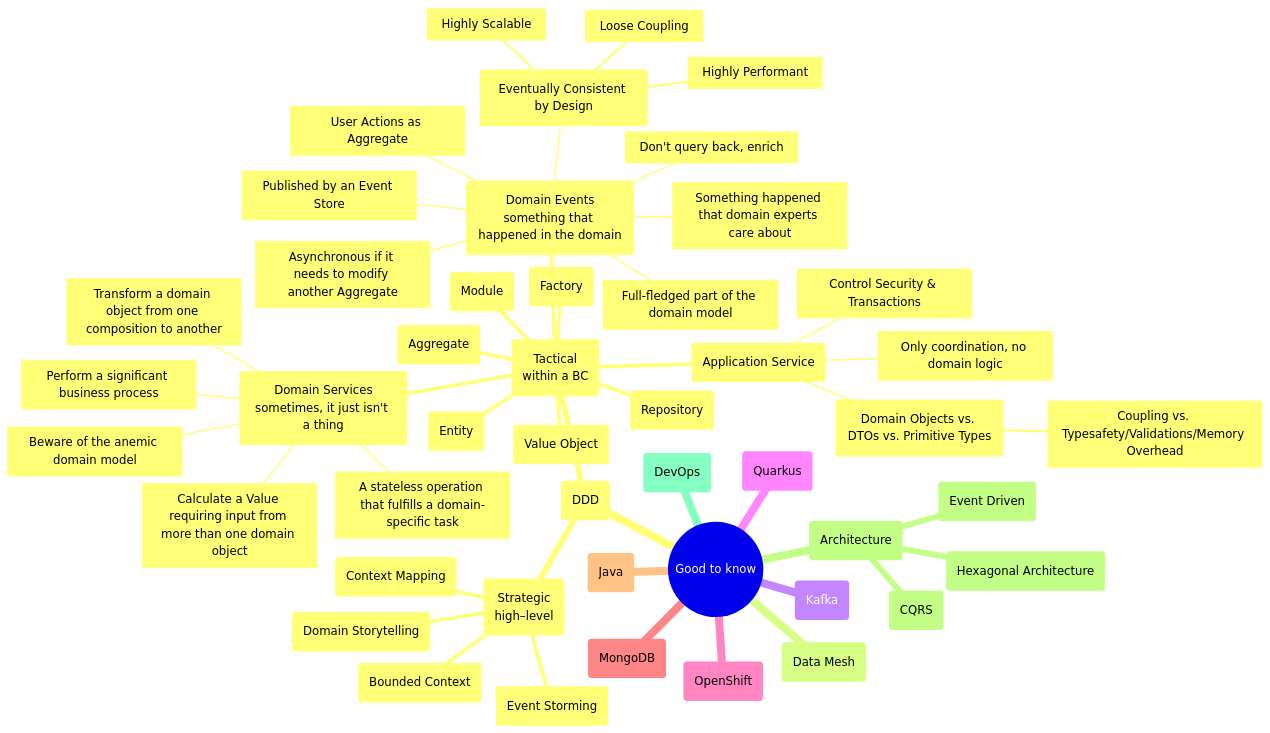
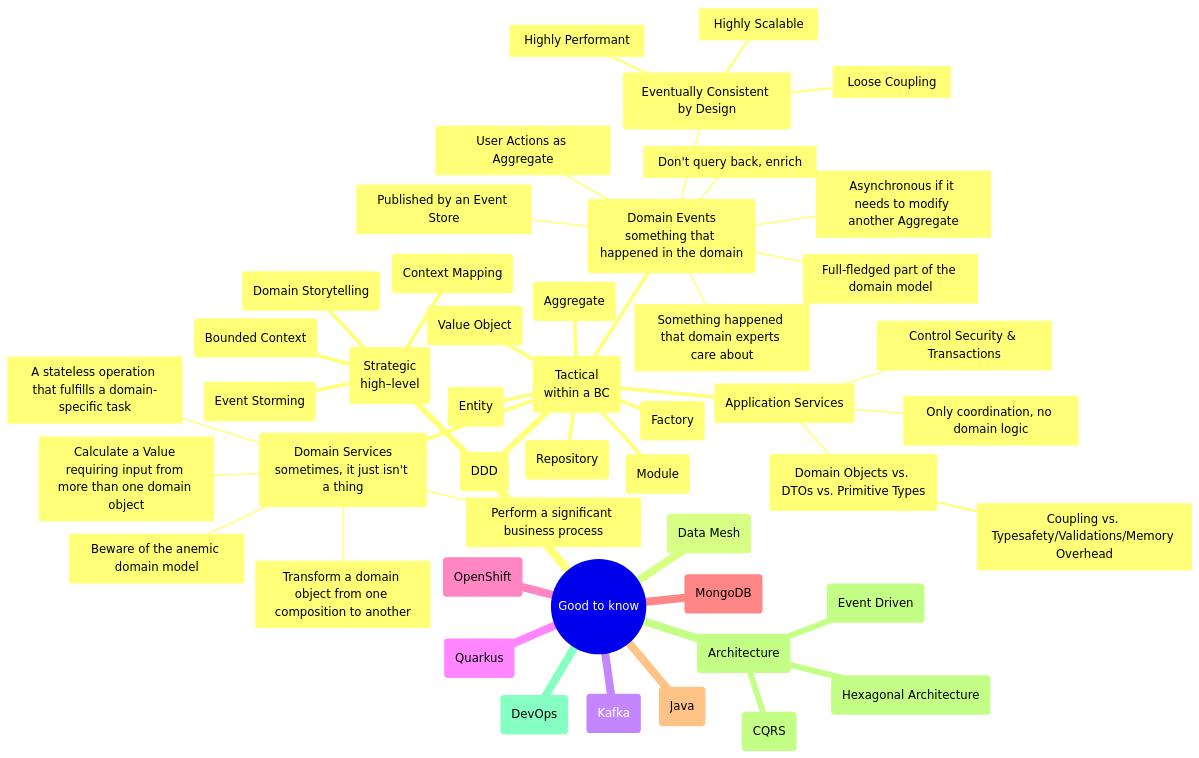
Before and after one commit to mhaspra/mindmaps: the diagram in README.md, drawn with Mermaid.

````diff
--- a/README.md
+++ b/README.md
@@ -2,50 +2,50 @@
 ```mermaid
  mindmap
   root((Good to know))
    (DDD)
     (Strategic<br>high–level)
      (Domain Storytelling)
      (Event Storming)
      (Context Mapping)
      (Bounded Context)
     (Tactical<br>within a BC)
      (Value Object)
      (Entity)
      (Aggregate)
      (Domain Services<br>sometimes, it just isn't a thing)
       [A stateless operation that fulfills a domain-specific task]
       [Perform a significant business process]
       [Transform a domain object from one composition to another]
       [Calculate a Value requiring input from more than one domain object]
       [Beware of the anemic domain model]
      (Domain Events<br>something that happened in the domain)
       [Something happened that domain experts care about]
       [Full-fledged part of the domain model]
       (Eventually Consistent by Design)
        [Loose Coupling]
        [Highly Scalable]
        [Highly Performant]
       [Don't query back, enrich]
       [User Actions as Aggregate]
       [Asynchronous if it needs to modify another Aggregate]
       [Published by an Event Store]
      (Factory)
      (Repository)
      (Module)
-     (Application Service)
+     (Application Services)
       [Only coordination, no domain logic]
       [Control Security & Transactions]
       (Domain Objects vs. DTOs vs. Primitive Types)
        [Coupling vs. Typesafety/Validations/Memory Overhead]
    (Data Mesh)
    (Kafka)
    (Quarkus)
    (OpenShift)
    (MongoDB)
    (Java)
    (Architecture)
     (Hexagonal Architecture)
     (CQRS)
     (Event Driven)
    (DevOps)
 ```
````
